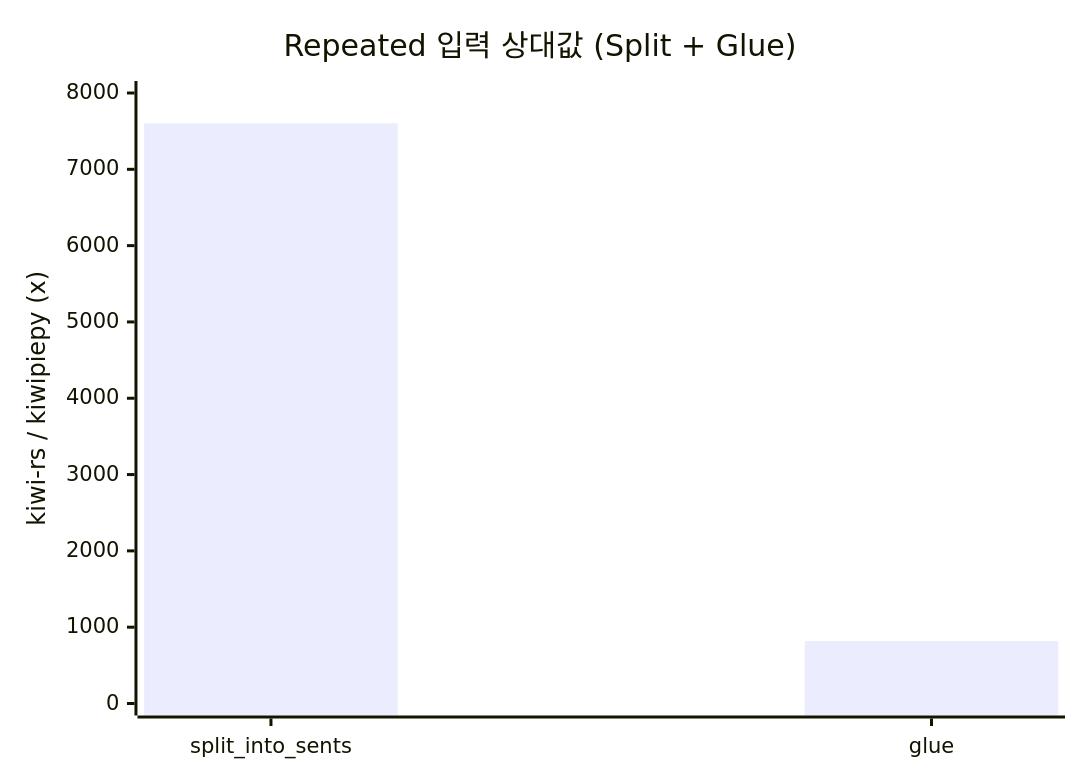
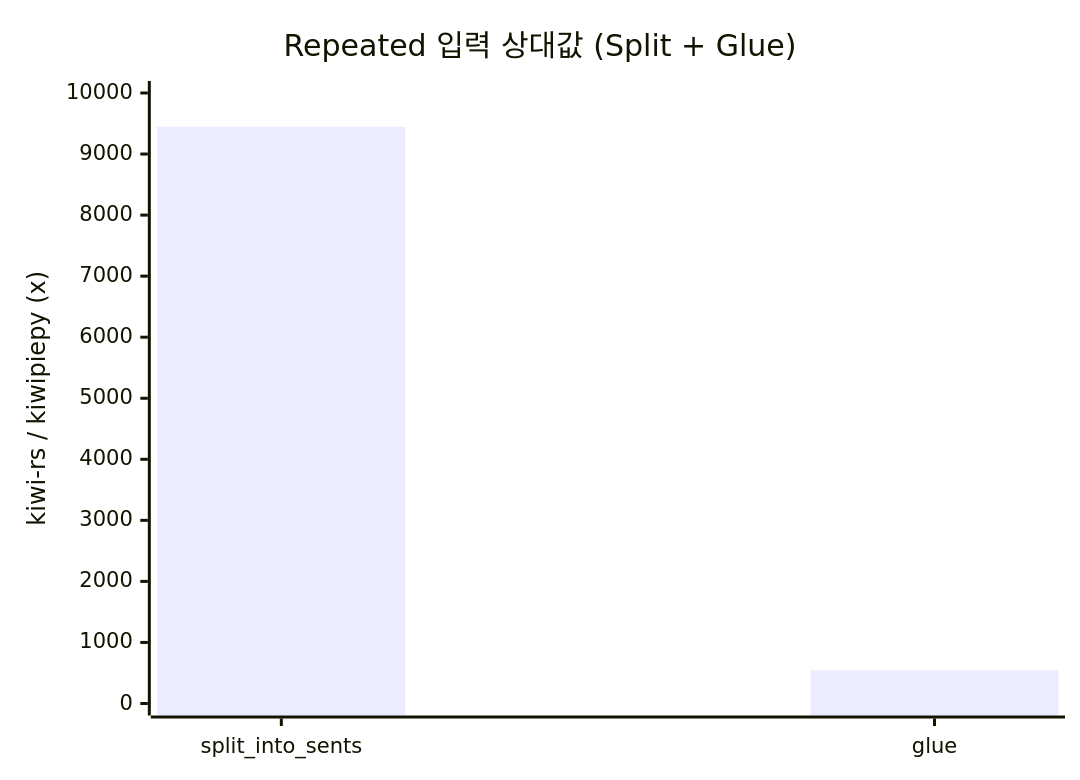
One commit to JAICHANGPARK/kiwi-rs changed the second of 4 diagrams in README.ko.md. Above: the diagram before and after it, drawn with Mermaid. The commit also changed other lines of this file and 14 other files, not shown here.

````diff
--- a/README.ko.md
+++ b/README.ko.md
@@ -354,7 +445,7 @@
 ```mermaid
 xychart-beta
     title "Repeated 입력 상대값 (Split + Glue)"
     x-axis ["split_into_sents","glue"]
-    y-axis "kiwi-rs / kiwipiepy (x)" 0 --> 8000
-    bar [7602.80,817.15]
+    y-axis "kiwi-rs / kiwipiepy (x)" 0 --> 10000
+    bar [9445.91,542.54]
 ```
````
